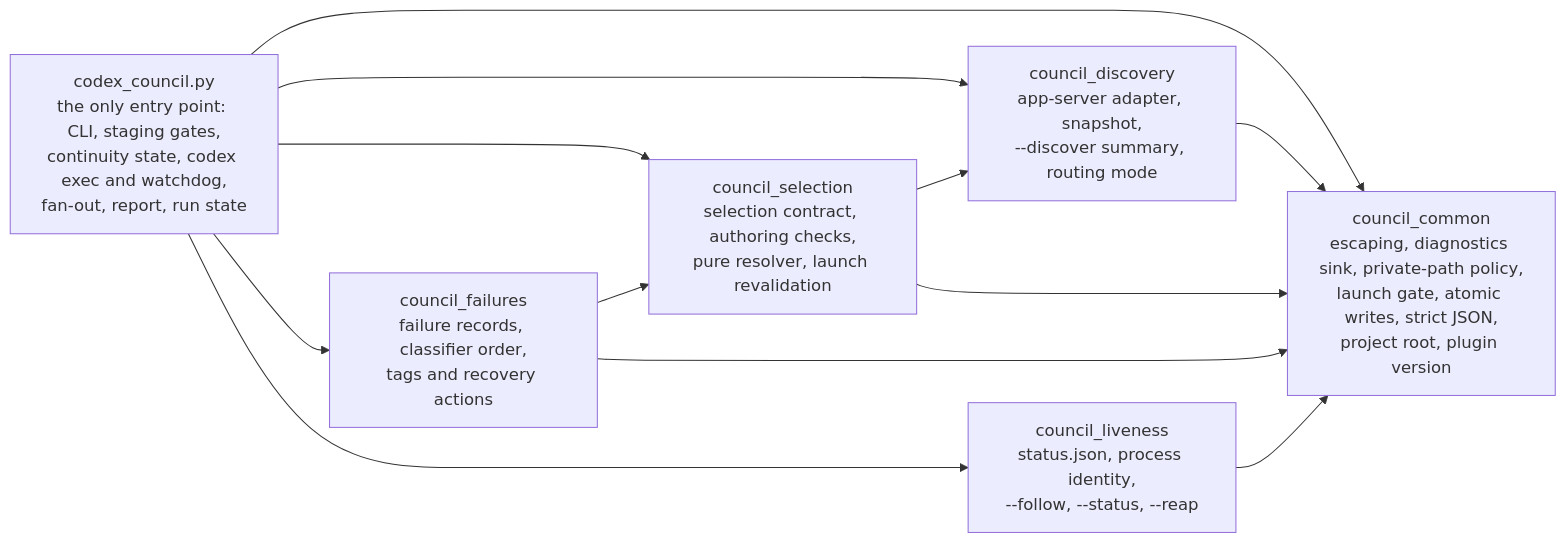
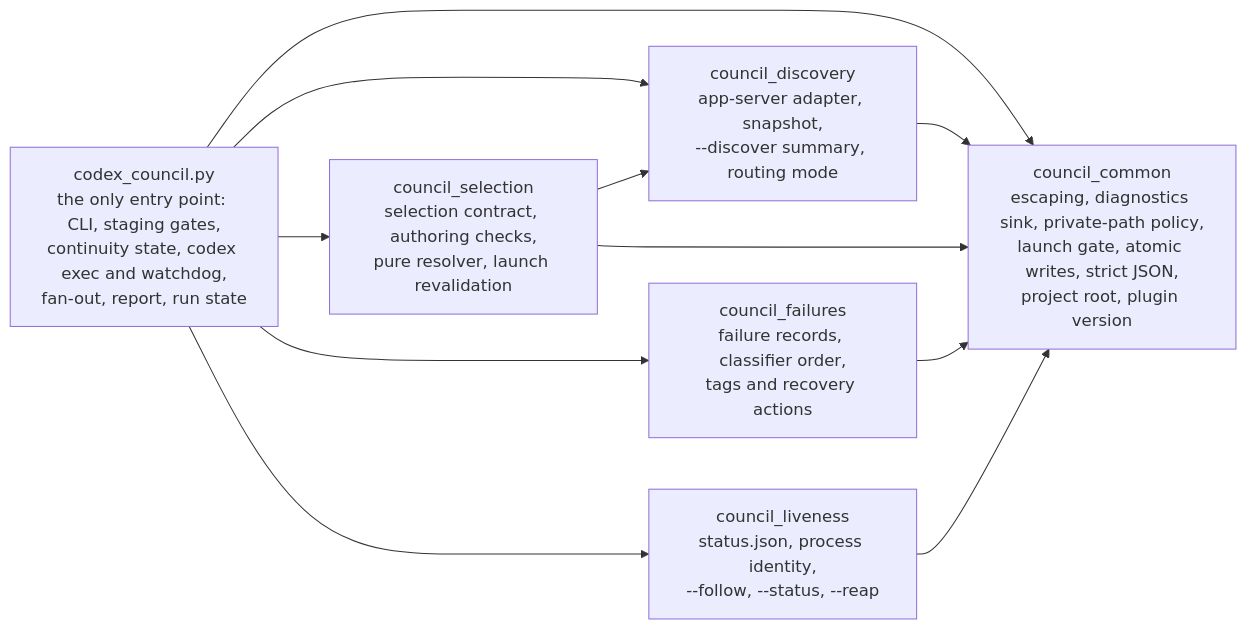
The first of 6 diagrams in DESIGN.md (ehzawad/codex-council), drawn with Mermaid before and after one commit. The commit also changed other lines of this file and 23 other files, not shown here.

````diff
--- a/DESIGN.md
+++ b/DESIGN.md
@@ -22,21 +22,20 @@
 ```mermaid
 flowchart LR
     Entry["codex_council.py<br/>the only entry point: CLI, staging gates,<br/>continuity state, codex exec and watchdog,<br/>fan-out, report, run state"]
     Common["council_common<br/>escaping, diagnostics sink, private-path policy,<br/>launch gate, atomic writes, strict JSON,<br/>project root, plugin version"]
     Discovery["council_discovery<br/>app-server adapter, snapshot,<br/>--discover summary, routing mode"]
     Selection["council_selection<br/>selection contract, authoring checks,<br/>pure resolver, launch revalidation"]
     Failures["council_failures<br/>failure records, classifier order,<br/>tags and recovery actions"]
     Liveness["council_liveness<br/>status.json, process identity,<br/>--follow, --status, --reap"]
 
     Entry --> Common
     Entry --> Discovery
     Entry --> Selection
     Entry --> Failures
     Entry --> Liveness
     Discovery --> Common
     Selection --> Common
     Selection --> Discovery
     Failures --> Common
-    Failures --> Selection
     Liveness --> Common
 ```
````
